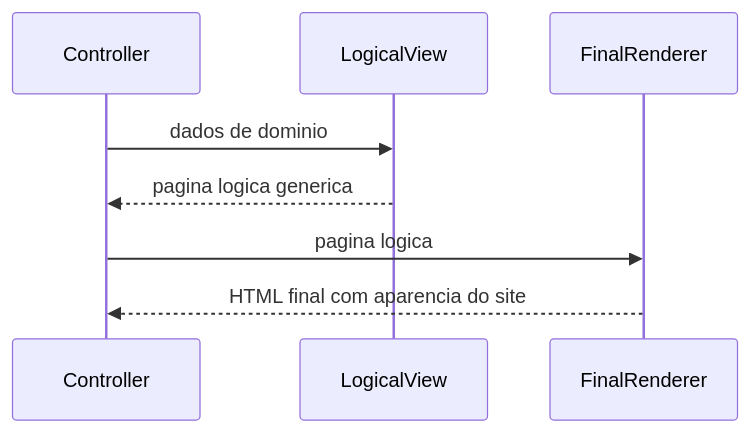
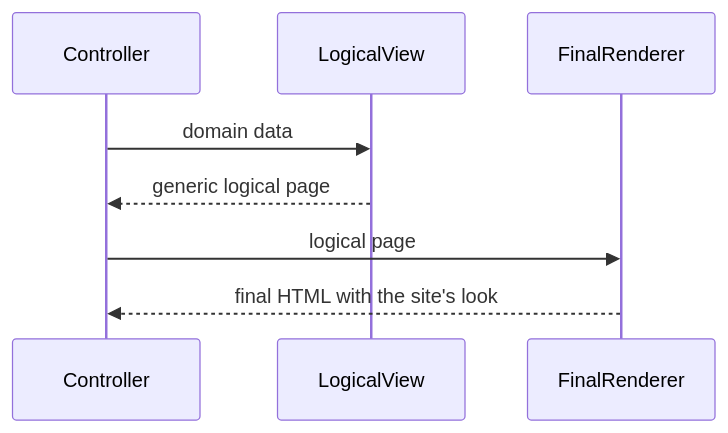
The diagram in docs/application/poeaa/web-presentation/two-step-view.md (alancesar/design-patterns), drawn with Mermaid before and after one commit. The commit also changed 258 other files, not shown here.

First line of the commit message:
Translate Mermaid diagrams to English

````diff
--- a/docs/application/poeaa/web-presentation/two-step-view.md
+++ b/docs/application/poeaa/web-presentation/two-step-view.md
@@ -53,10 +53,10 @@
 ```mermaid
 sequenceDiagram
     participant Controller
     participant Step1 as LogicalView
     participant Step2 as FinalRenderer
-    Controller->>Step1: dados de dominio
-    Step1-->>Controller: pagina logica generica
-    Controller->>Step2: pagina logica
-    Step2-->>Controller: HTML final com aparencia do site
+    Controller->>Step1: domain data
+    Step1-->>Controller: generic logical page
+    Controller->>Step2: logical page
+    Step2-->>Controller: final HTML with the site's look
 ```
````
